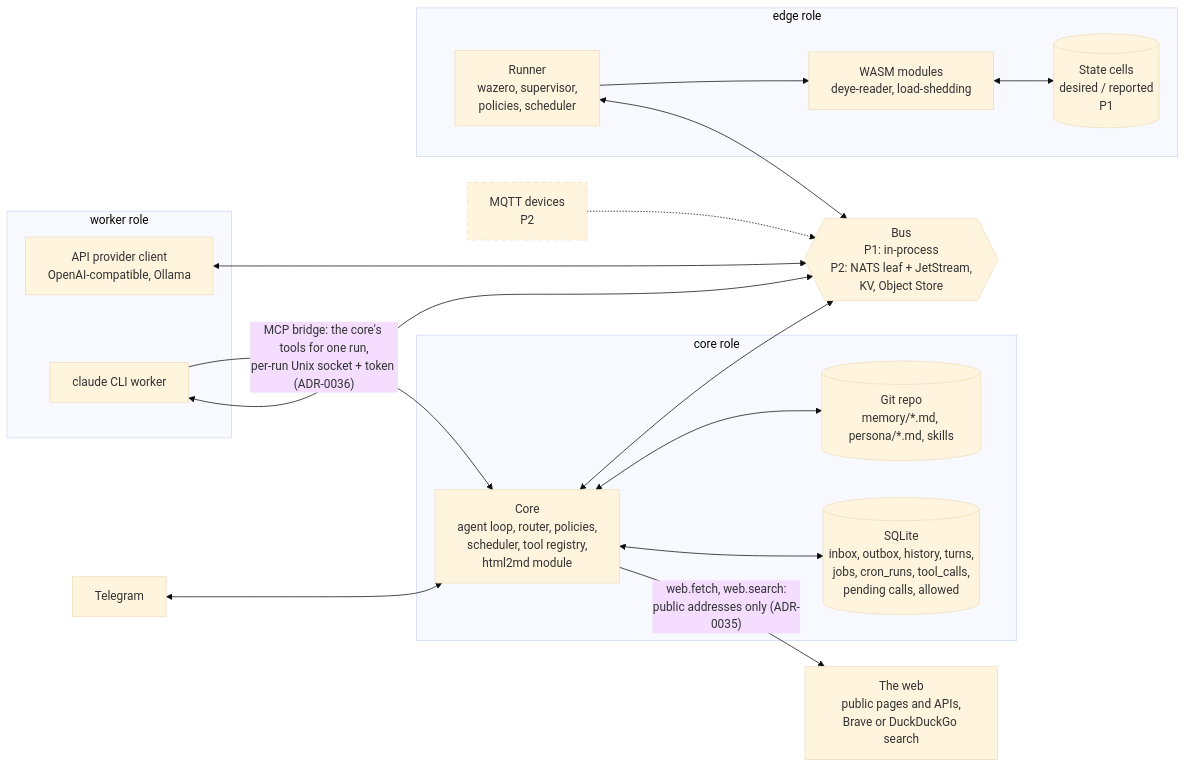
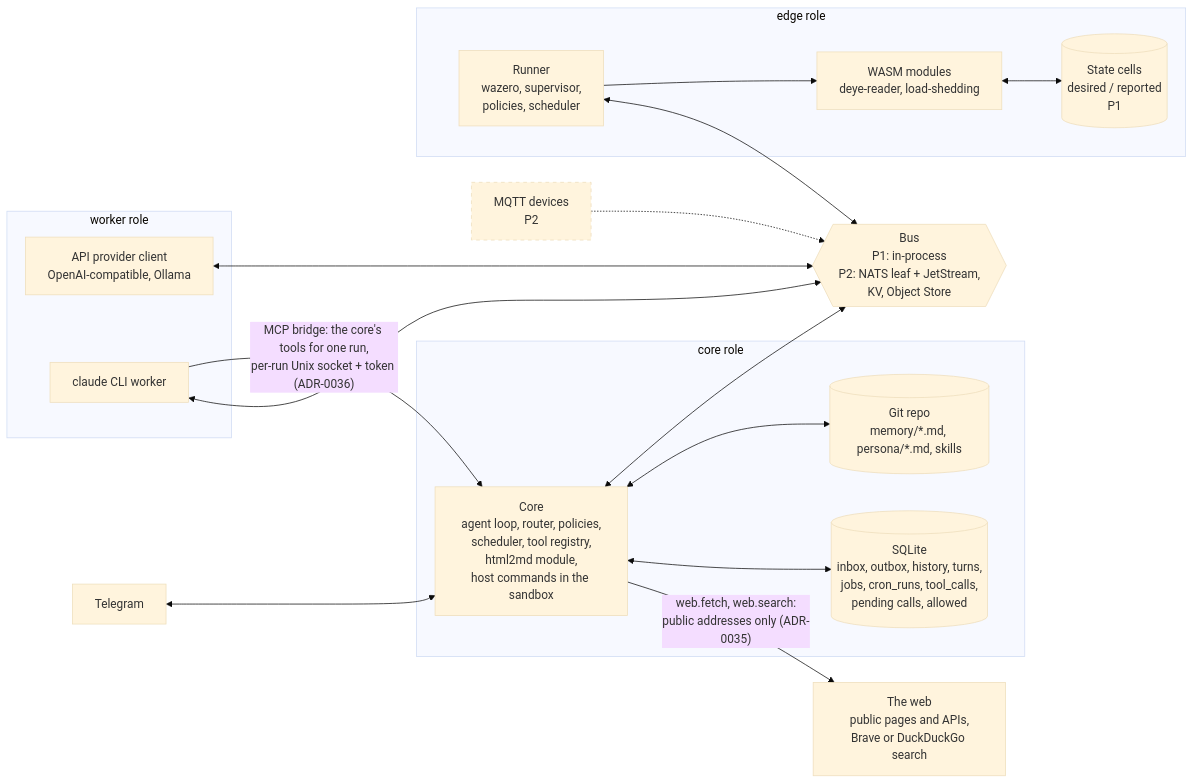
Before and after one commit to igorrius/ganglion: the first of 3 diagrams in docs/architecture/02-containers.md, drawn with Mermaid (base theme). The commit also changed other lines of this file and 4 other files, not shown here.

First line of the commit message:
docs: M3d host commands — architecture views, measured numbers, the plan ticked

````diff
--- a/docs/architecture/02-containers.md
+++ b/docs/architecture/02-containers.md
@@ -9,41 +9,41 @@
 ```mermaid
 flowchart LR
     tg["Telegram"]
     web["The web<br/>public pages and APIs,<br/>Brave or DuckDuckGo search"]
     mqttdev["MQTT devices<br/>P2"]
 
     subgraph corerole["core role"]
-        corep["Core<br/>agent loop, router, policies,<br/>scheduler, tool registry,<br/>html2md module"]
+        corep["Core<br/>agent loop, router, policies,<br/>scheduler, tool registry,<br/>html2md module,<br/>host commands in the sandbox"]
         sqlite[("SQLite<br/>inbox, outbox, history, turns,<br/>jobs, cron_runs, tool_calls,<br/>pending calls, allowed")]
         memrepo[("Git repo<br/>memory/*.md, persona/*.md, skills")]
     end
 
     subgraph edgerole["edge role"]
         runner["Runner<br/>wazero, supervisor,<br/>policies, scheduler"]
         mods["WASM modules<br/>deye-reader, load-shedding"]
         cells[("State cells<br/>desired / reported<br/>P1")]
     end
 
     subgraph workerrole["worker role"]
         api["API provider client<br/>OpenAI-compatible, Ollama"]
         cli["claude CLI worker"]
     end
 
     bus{{"Bus<br/>P1: in-process<br/>P2: NATS leaf + JetStream,<br/>KV, Object Store"}}
 
     tg <--> corep
     corep -- "web.fetch, web.search:<br/>public addresses only (ADR-0035)" --> web
     corep <--> sqlite
     corep <--> memrepo
     corep <--> bus
     runner <--> bus
     runner --> mods
     mods <--> cells
     api <--> bus
     cli <--> bus
     cli -- "MCP bridge: the core's tools for one run,<br/>per-run Unix socket + token (ADR-0036)" --> corep
     mqttdev -.-> bus
 
     classDef planned stroke-dasharray: 5 5
     class mqttdev planned
 ```
````
